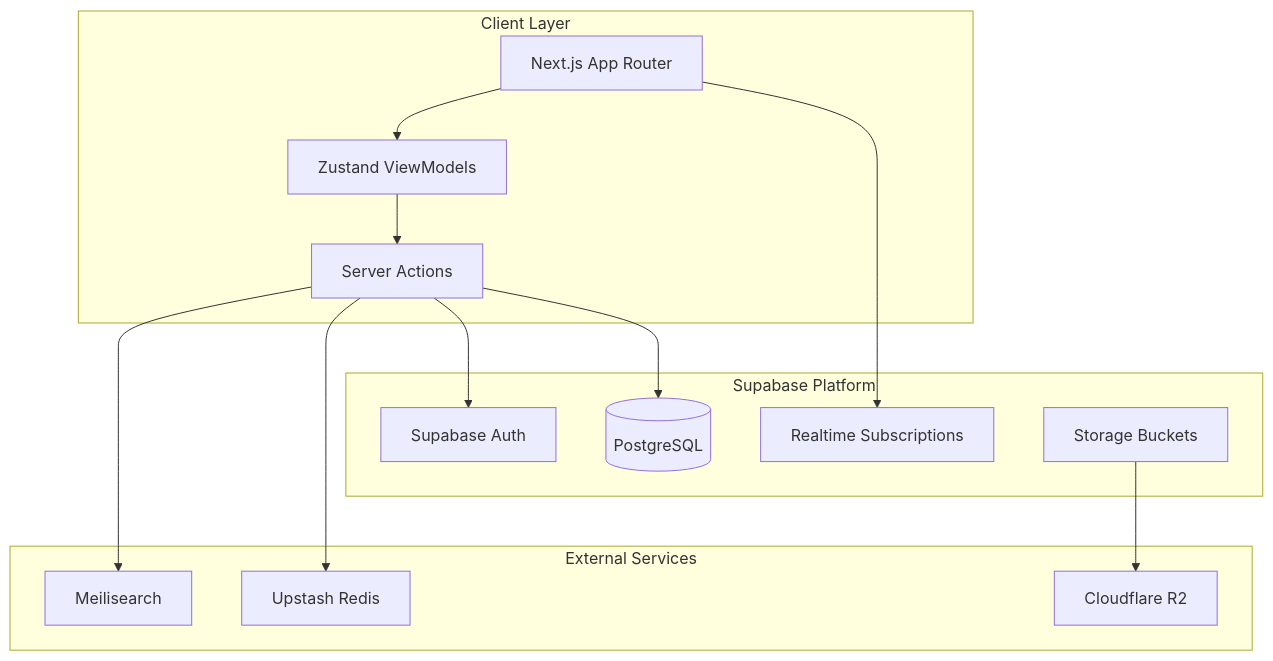
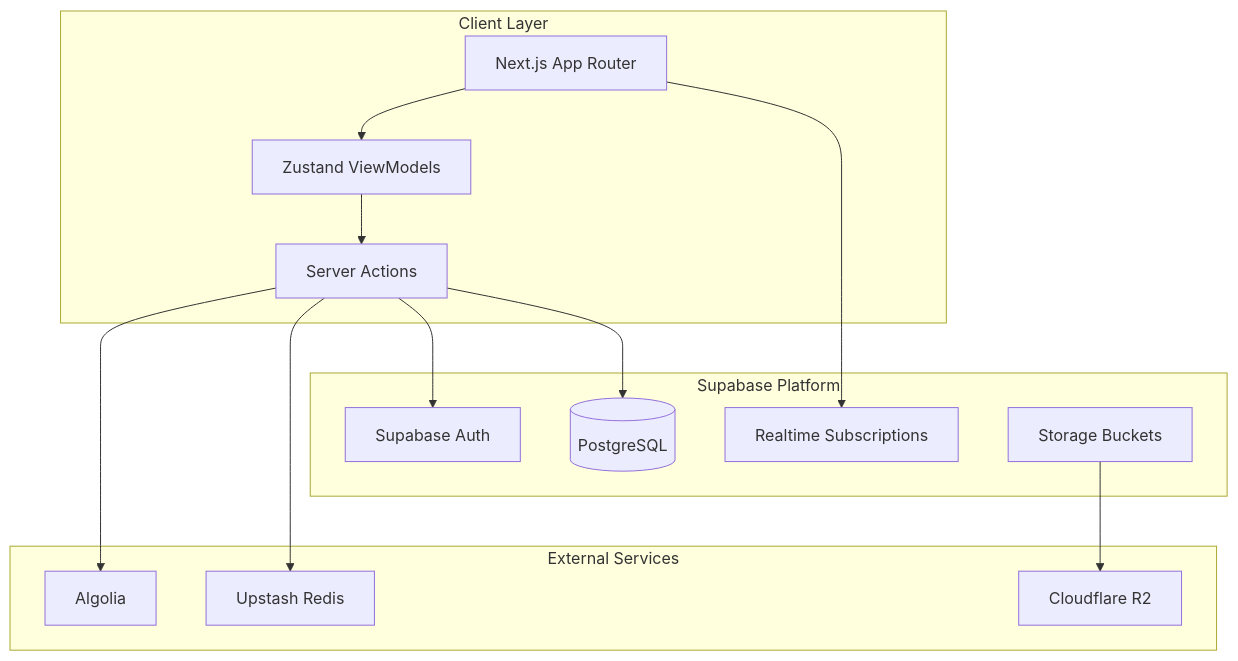
Before and after one commit to JulesLabador/STREAMD-web: the first of 7 diagrams in docs/technical-spec.md, drawn with Mermaid. The commit also changed other lines of this file and 1 other file, not shown here.

````diff
--- a/docs/technical-spec.md
+++ b/docs/technical-spec.md
@@ -33,30 +33,30 @@
 ```mermaid
 flowchart TB
     subgraph client [Client Layer]
         NextApp[Next.js App Router]
         ZustandStores[Zustand ViewModels]
         ServerActions[Server Actions]
     end
 
     subgraph supabase [Supabase Platform]
         SupaAuth[Supabase Auth]
         PostgresDB[(PostgreSQL)]
         RealtimeSub[Realtime Subscriptions]
         StorageBucket[Storage Buckets]
     end
 
     subgraph services [External Services]
-        Meilisearch[Meilisearch]
+        Algolia[Algolia]
         Redis[Upstash Redis]
         R2[Cloudflare R2]
     end
 
     NextApp --> ZustandStores
     ZustandStores --> ServerActions
     ServerActions --> SupaAuth
     ServerActions --> PostgresDB
-    ServerActions --> Meilisearch
+    ServerActions --> Algolia
     ServerActions --> Redis
     NextApp --> RealtimeSub
     StorageBucket --> R2
 ```
````
